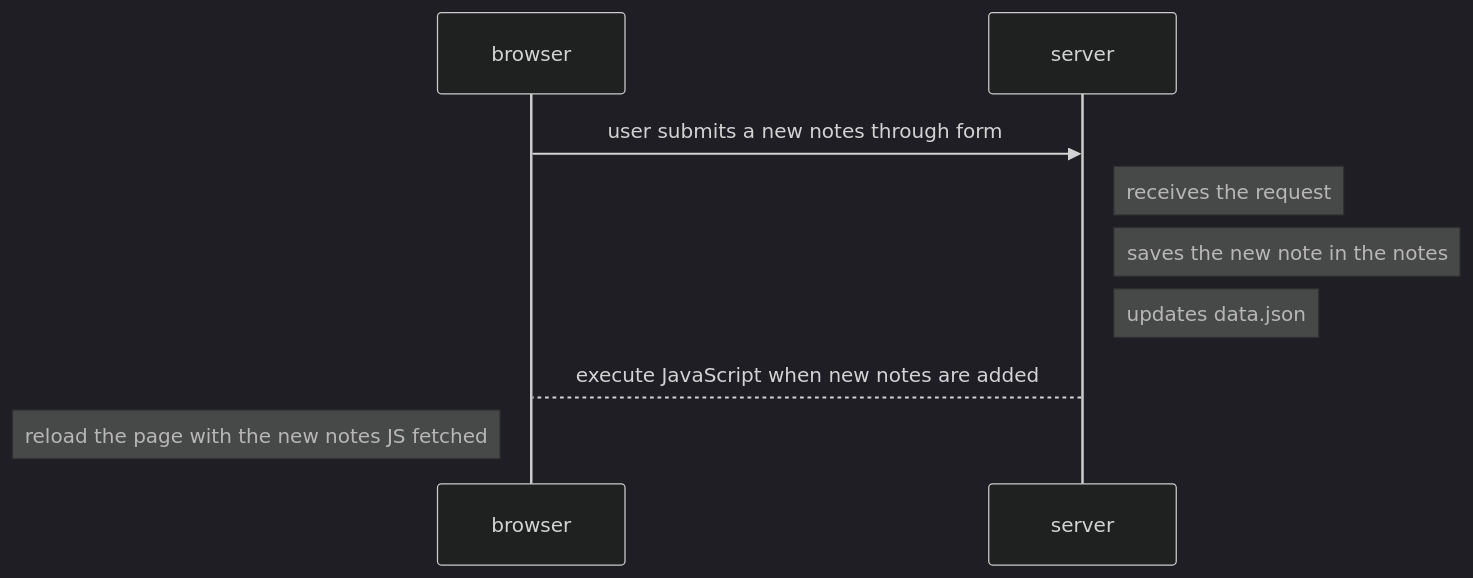
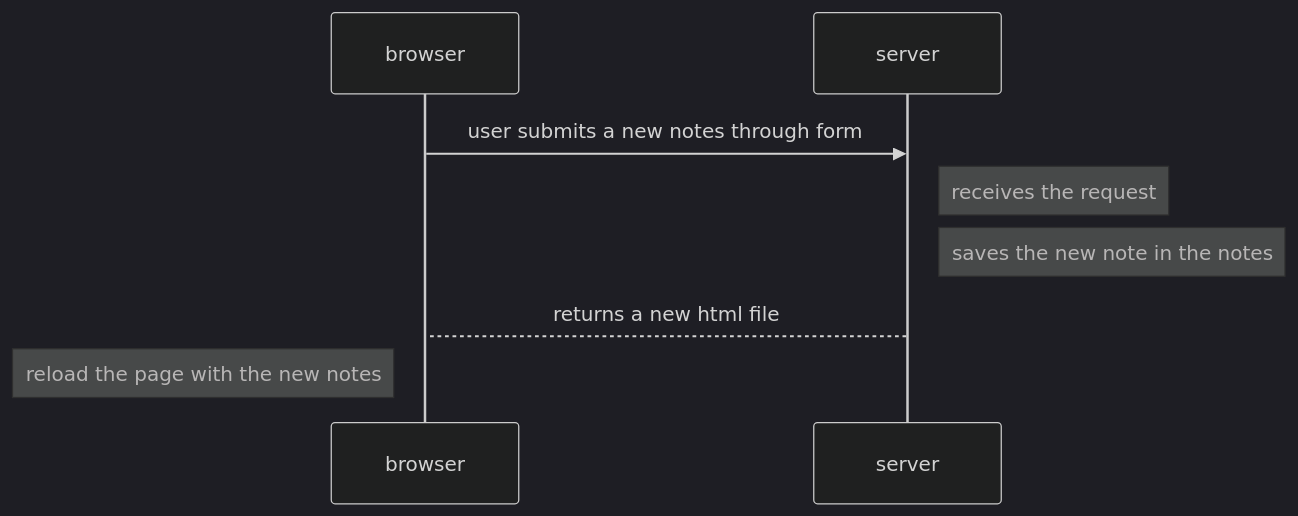
The diagram in part-0/0.4 - New Note Diagram/README.md (LeejanAlipio/fullstackopen), drawn with Mermaid (dark theme) before and after one commit.

Commit message:
docs: revised diagram flow

````diff
--- a/part-0/0.4 - New Note Diagram/README.md
+++ b/part-0/0.4 - New Note Diagram/README.md
@@ -4,9 +4,8 @@
 ```mermaid
 sequenceDiagram
   browser->>server: user submits a new notes through form
   Note right of server: receives the request
   Note right of server: saves the new note in the notes
-  Note right of server: updates data.json
-  server-->browser: execute JavaScript when new notes are added
-  note left of browser: reload the page with the new notes JS fetched
+  server-->browser: returns a new html file
+  note left of browser: reload the page with the new notes
 ```
````
